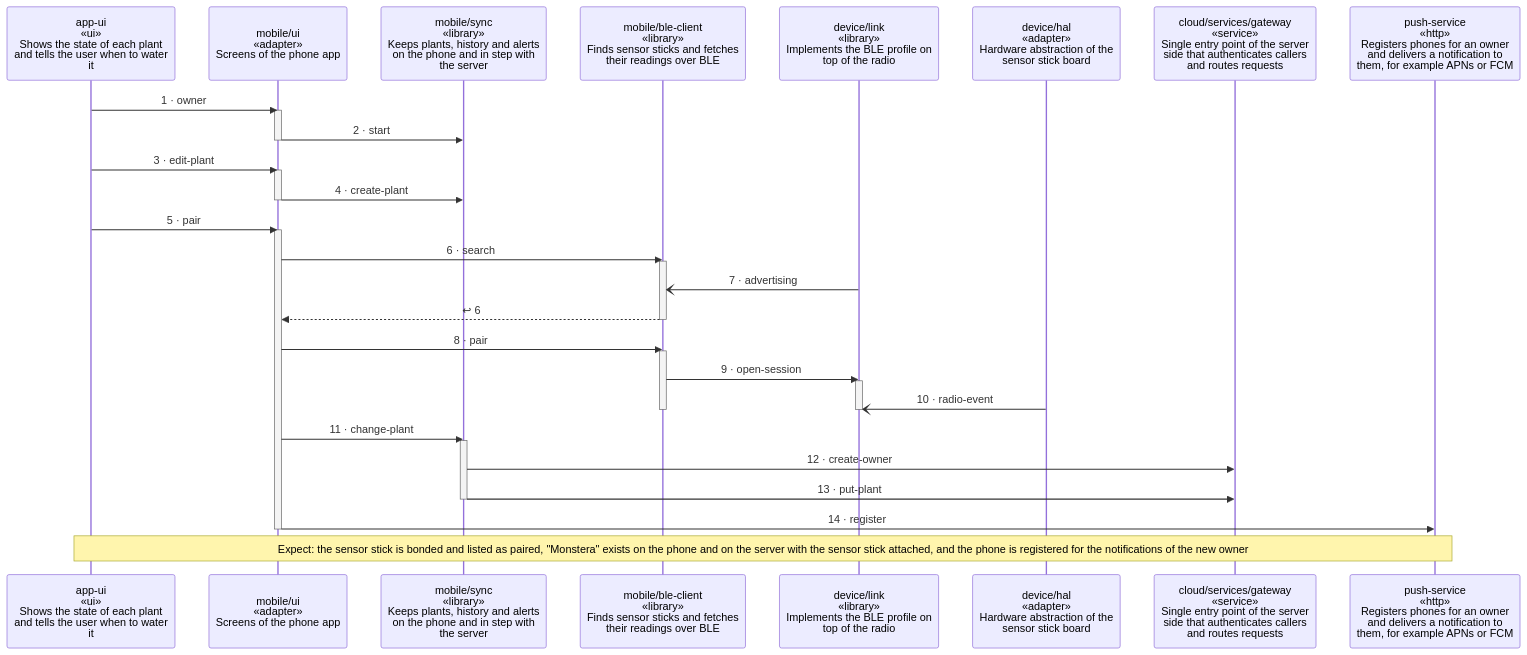
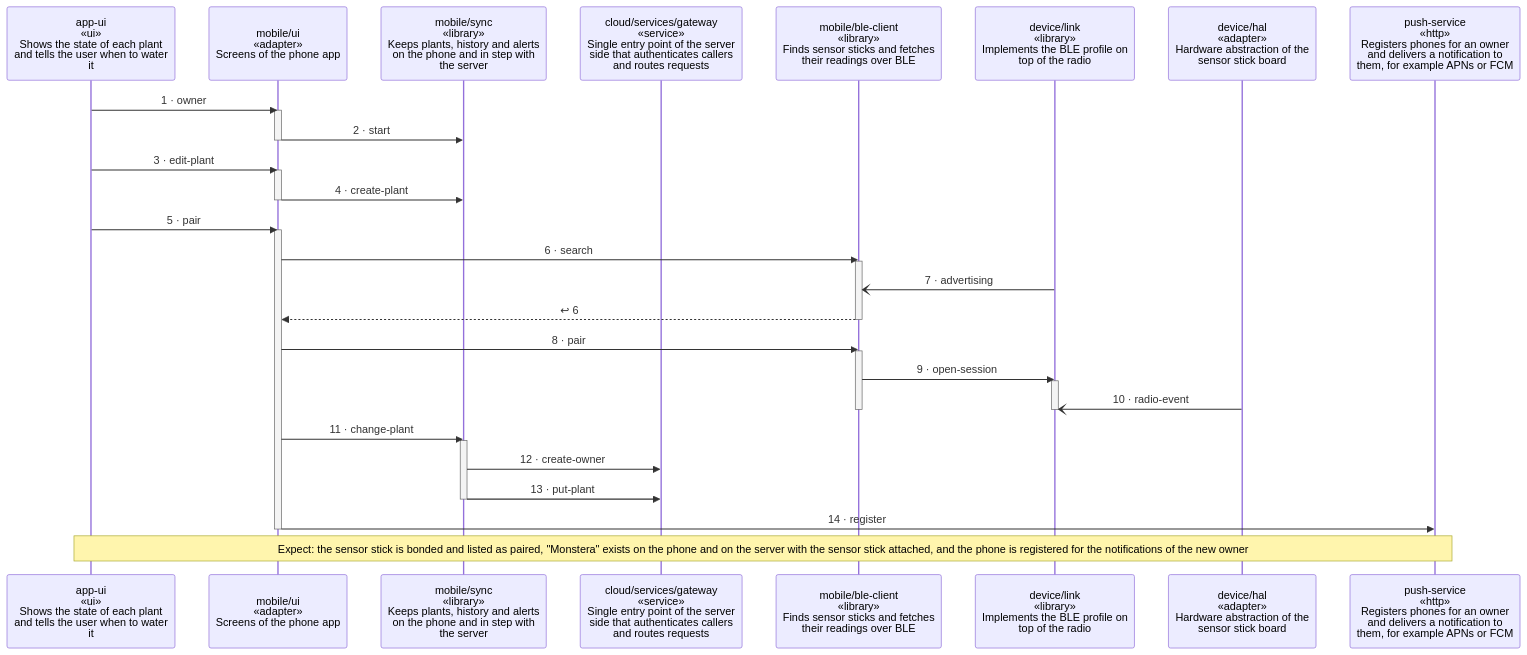
Before and after one commit to wackazong/unifold: the diagram in examples/plantwatch/docs/diagrams/scenario-first-plant.md, drawn with Mermaid. The commit also changed other lines of this file and 4 other files, not shown here.

````diff
--- a/examples/plantwatch/docs/diagrams/scenario-first-plant.md
+++ b/examples/plantwatch/docs/diagrams/scenario-first-plant.md
@@ -12,46 +12,46 @@
 ```mermaid
 ---
 config:
   sequence:
     height: 108
 ---
 sequenceDiagram
   participant papp_dui as app-ui<br/>«ui»<br/>Shows the state of each plant<br/>and tells the user when to water<br/>it
   participant pmobile__ui as mobile/ui<br/>«adapter»<br/>Screens of the phone app
   participant pmobile__sync as mobile/sync<br/>«library»<br/>Keeps plants, history and alerts<br/>on the phone and in step with<br/>the server
+  participant pcloud__services__gateway as cloud/services/gateway<br/>«service»<br/>Single entry point of the server<br/>side that authenticates callers<br/>and routes requests
   participant pmobile__ble_dclient as mobile/ble-client<br/>«library»<br/>Finds sensor sticks and fetches<br/>their readings over BLE
   participant pdevice__link as device/link<br/>«library»<br/>Implements the BLE profile on<br/>top of the radio
   participant pdevice__hal as device/hal<br/>«adapter»<br/>Hardware abstraction of the<br/>sensor stick board
-  participant pcloud__services__gateway as cloud/services/gateway<br/>«service»<br/>Single entry point of the server<br/>side that authenticates callers<br/>and routes requests
   participant ppush_dservice as push-service<br/>«http»<br/>Registers phones for an owner<br/>and delivers a notification to<br/>them, for example APNs or FCM
   papp_dui->>pmobile__ui: 1 · owner
   activate pmobile__ui
   pmobile__ui->>pmobile__sync: 2 · start
   deactivate pmobile__ui
   papp_dui->>pmobile__ui: 3 · edit-plant
   activate pmobile__ui
   pmobile__ui->>pmobile__sync: 4 · create-plant
   deactivate pmobile__ui
   papp_dui->>pmobile__ui: 5 · pair
   activate pmobile__ui
   pmobile__ui->>pmobile__ble_dclient: 6 · search
   activate pmobile__ble_dclient
   pdevice__link-)pmobile__ble_dclient: 7 · advertising
   pmobile__ble_dclient-->>pmobile__ui: ↩ 6
   deactivate pmobile__ble_dclient
   pmobile__ui->>pmobile__ble_dclient: 8 · pair
   activate pmobile__ble_dclient
   pmobile__ble_dclient->>pdevice__link: 9 · open-session
   activate pdevice__link
   pdevice__hal-)pdevice__link: 10 · radio-event
   deactivate pdevice__link
   deactivate pmobile__ble_dclient
   pmobile__ui->>pmobile__sync: 11 · change-plant
   activate pmobile__sync
   pmobile__sync->>pcloud__services__gateway: 12 · create-owner
   pmobile__sync->>pcloud__services__gateway: 13 · put-plant
   deactivate pmobile__sync
   pmobile__ui->>ppush_dservice: 14 · register
   deactivate pmobile__ui
   Note over papp_dui,ppush_dservice: wrap: Expect: the sensor stick is bonded and listed as paired, #quot;Monstera#quot; exists on the phone and on the server with the sensor stick attached, and the phone is registered for the notifications of the new owner
 ```
````
